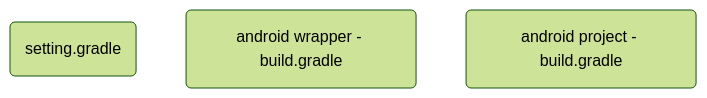
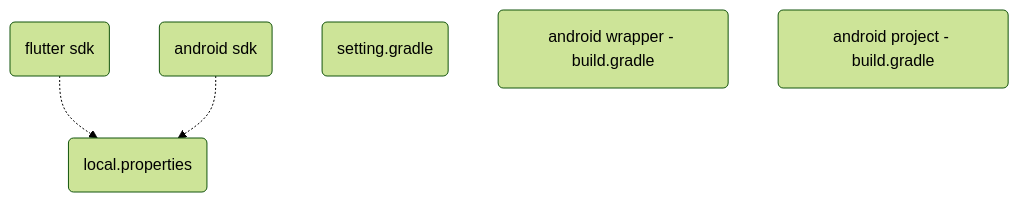
Before and after one commit to gordianknotC/nxp_note: the second of 3 diagrams in flutter/addAndroidProjIntoFlutter.md, drawn with Mermaid (forest theme). The commit also changed other lines of this file, not shown here.

Commit message:
flutter/addAndroidProjIntoFlutter.md updated from https://stackedit.io/

````diff
--- a/flutter/addAndroidProjIntoFlutter.md
+++ b/flutter/addAndroidProjIntoFlutter.md
@@ -241,6 +241,14 @@
 ```mermaid
 graph TB
+	fdk(flutter sdk)
+	adk(android sdk)
+	loc(local.properties)
+	
 	set(setting.gradle)
 	b1(android wrapper - build.gradle)
 	b2(android project - build.gradle)
+	
+	
+	fdk -.-> loc
+	adk -.-> loc
 ```
````
